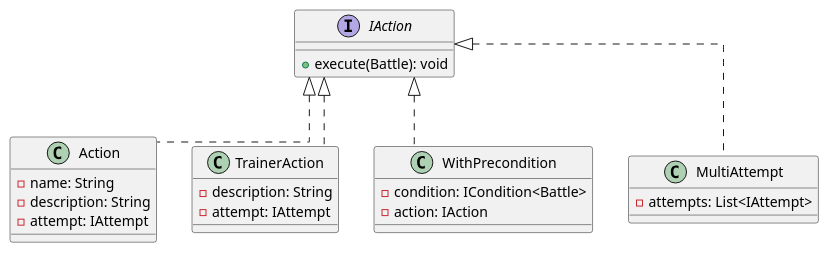
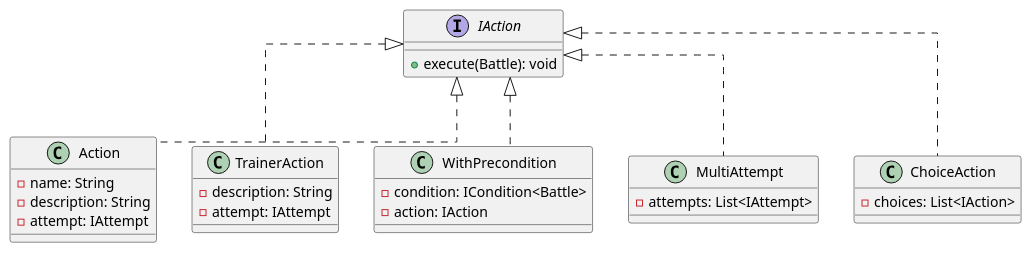
The diagram in docs/UML/IAction.puml (Richie-Moon/TCGPocketBattler), drawn with PlantUML before and after one commit.

Commit message:
feat(docs): Added ChoiceAction

```diff
--- a/docs/UML/IAction.puml
+++ b/docs/UML/IAction.puml
@@ -1,28 +1,32 @@
 @startuml
 skinparam linetype ortho
 
 interface IAction {
     + execute(Battle): void
 }
 
 class Action implements IAction {
     - name: String
     - description: String
     - attempt: IAttempt
 }
 
 class TrainerAction implements IAction {
     - description: String
     - attempt: IAttempt
 }
 
 class WithPrecondition implements IAction {
     - condition: ICondition<Battle>
     - action: IAction
 }
 
 class MultiAttempt implements IAction {
     - attempts: List<IAttempt>
 }
 
+class ChoiceAction implements IAction {
+    - choices: List<IAction>
+}
+
 @enduml
```
